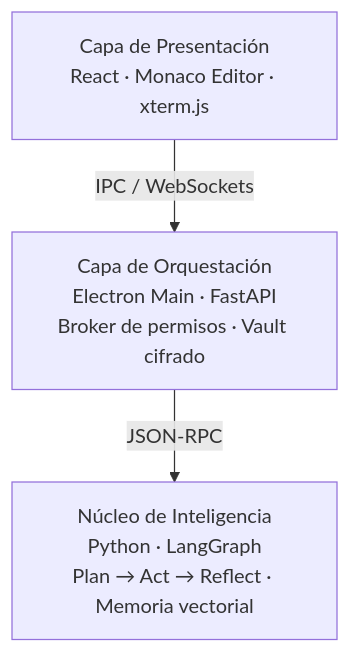
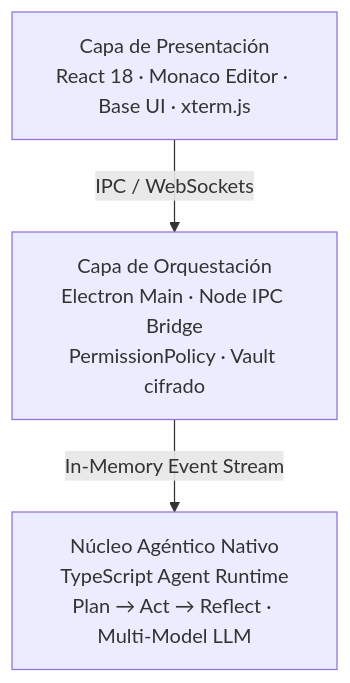
Before and after one commit to Naiker12/Sparta-Agent: the first of 2 diagrams in landing/PLAN-LANDING.md, drawn with Mermaid. The commit also changed other lines of this file and 23 other files, not shown here.

````diff
--- a/landing/PLAN-LANDING.md
+++ b/landing/PLAN-LANDING.md
@@ -19,5 +19,5 @@
 ```mermaid
 flowchart TB
-    A["Capa de Presentación<br/>React · Monaco Editor · xterm.js"] -->|IPC / WebSockets| B["Capa de Orquestación<br/>Electron Main · FastAPI<br/>Broker de permisos · Vault cifrado"]
-    B -->|JSON-RPC| C["Núcleo de Inteligencia<br/>Python · LangGraph<br/>Plan → Act → Reflect · Memoria vectorial"]
+    A["Capa de Presentación<br/>React 18 · Monaco Editor · Base UI · xterm.js"] -->|IPC / WebSockets| B["Capa de Orquestación<br/>Electron Main · Node IPC Bridge<br/>PermissionPolicy · Vault cifrado"]
+    B -->|In-Memory Event Stream| C["Núcleo Agéntico Nativo<br/>TypeScript Agent Runtime<br/>Plan → Act → Reflect · Multi-Model LLM"]
 ```
````
